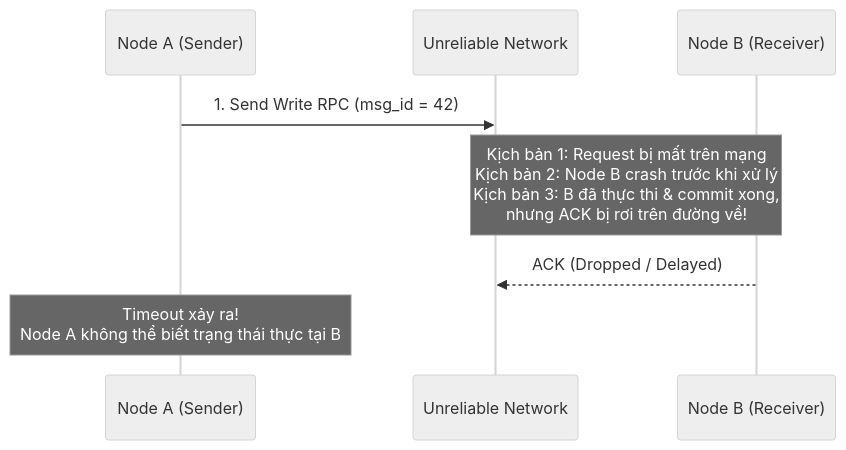
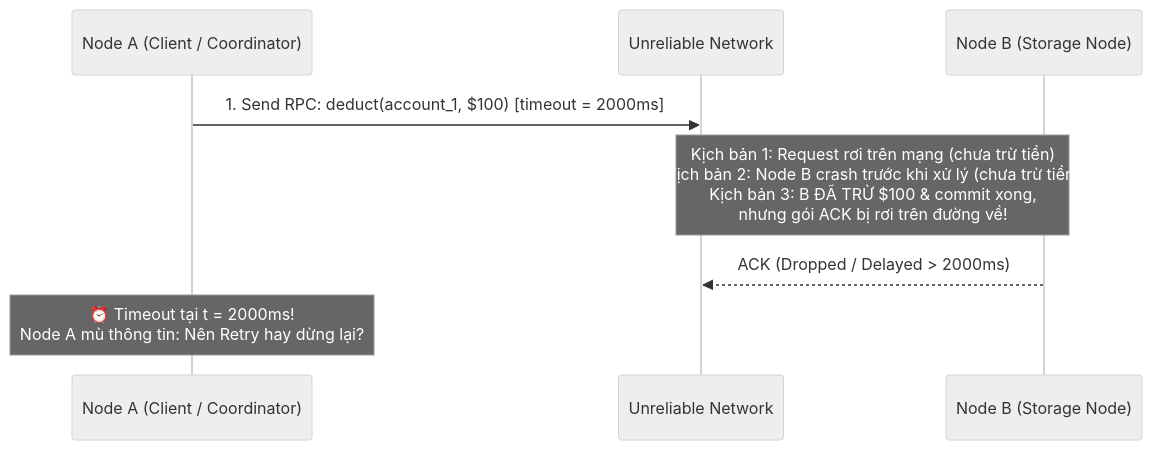
One commit to namaewanam/namaewanam.github.io changed the first of 3 diagrams in docs/Database-Internals-Notes/database-internals-chapter8.vi.md. Above: the diagram before and after it, drawn with Mermaid (neutral theme). The commit also changed other lines of this file and 29 other files, not shown here.

````diff
--- a/docs/Database-Internals-Notes/database-internals-chapter8.vi.md
+++ b/docs/Database-Internals-Notes/database-internals-chapter8.vi.md
@@ -31,11 +46,11 @@
 ```mermaid
 sequenceDiagram
-    participant A as Node A (Sender)
+    participant A as Node A (Client / Coordinator)
     participant Net as Unreliable Network
-    participant B as Node B (Receiver)
+    participant B as Node B (Storage Node)
 
-    A->>Net: 1. Send Write RPC (msg_id = 42)
-    Note over Net,B: Kịch bản 1: Request bị mất trên mạng<br/>Kịch bản 2: Node B crash trước khi xử lý<br/>Kịch bản 3: B đã thực thi & commit xong,<br/>nhưng ACK bị rơi trên đường về!
-    B-->>Net: ACK (Dropped / Delayed)
-    Note over A: Timeout xảy ra!<br/>Node A không thể biết trạng thái thực tại B
+    A->>Net: 1. Send RPC: deduct(account_1, $100) [timeout = 2000ms]
+    Note over Net,B: Kịch bản 1: Request rơi trên mạng (chưa trừ tiền)<br/>Kịch bản 2: Node B crash trước khi xử lý (chưa trừ tiền)<br/>Kịch bản 3: B ĐÃ TRỪ $100 & commit xong,<br/>nhưng gói ACK bị rơi trên đường về!
+    B-->>Net: ACK (Dropped / Delayed > 2000ms)
+    Note over A: ⏰ Timeout tại t = 2000ms!<br/>Node A mù thông tin: Nên Retry hay dừng lại?
 ```
````
